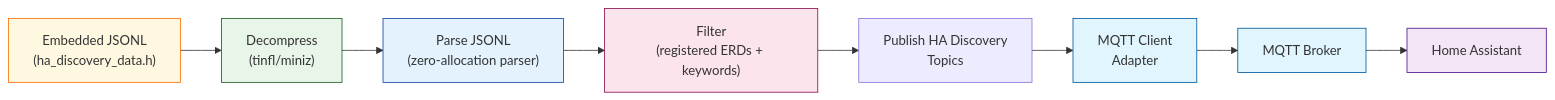
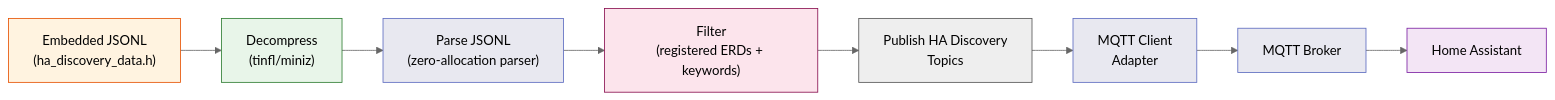
The third of 3 diagrams in docs/architecture/data-flow.md (eddietheengineer/home-assistant-bridge-esphome), drawn with Mermaid before and after one commit. The commit also changed other lines of this file and 3 other files, not shown here.

First line of the commit message:
docs: standardize Mermaid charts with light/dark compatible theme and fix rendering

````diff
--- a/docs/architecture/data-flow.md
+++ b/docs/architecture/data-flow.md
@@ -129,24 +131,25 @@
 ```mermaid
+%%{init: {"theme":"neutral","themeVariables":{"primaryColor":"#4a90d9","primaryBorderColor":"#2c6a9e","primaryTextColor":"#1a1a1a","secondaryColor":"#d9e8f5","tertiaryColor":"#f0f0f0","lineColor":"#666666","clusterBkg":"#f5f5f5","clusterBorder":"#cccccc","fontFamily":"monospace","nodeBorder":"#555555","edgeLabelBackground":"#ffffff"}}}%%
 graph LR
     EMBEDDED["Embedded JSONL<br/>(ha_discovery_data.h)"] --> DECOMPRESS["Decompress<br/>(tinfl/miniz)"]
     DECOMPRESS --> PARSE["Parse JSONL<br/>(zero-allocation parser)"]
     PARSE --> FILTER["Filter<br/>(registered ERDs + keywords)"]
     FILTER --> PUBLISH["Publish HA Discovery<br/>Topics"]
     PUBLISH --> MQTT["MQTT Client<br/>Adapter"]
     MQTT --> BROKER["MQTT Broker"]
     BROKER --> HA["Home Assistant"]
 
-    classDef embedded fill:#fff8e1,stroke:#ff6f00
-    classDef decompress fill:#e8f5e9,stroke:#1b5e20
-    classDef parse fill:#e3f2fd,stroke:#0d47a1
+    classDef embedded fill:#fff3e0,stroke:#e65100
+    classDef decompress fill:#e8f5e9,stroke:#2e7d32
+    classDef parse fill:#e8e8f0,stroke:#5c6bc0
     classDef filter fill:#fce4ec,stroke:#880e4f
-    classDef mqtt fill:#e1f5fe,stroke:#01579b
-    classDef ha fill:#f3e5f5,stroke:#4a148c
+    classDef mqtt fill:#e8e8f0,stroke:#5c6bc0
+    classDef ha fill:#f3e5f5,stroke:#7b1fa2
 
     class EMBEDDED embedded
     class DECOMPRESS decompress
     class PARSE parse
     class FILTER filter
     class MQTT,BROKER mqtt
     class HA ha
 ```
````
